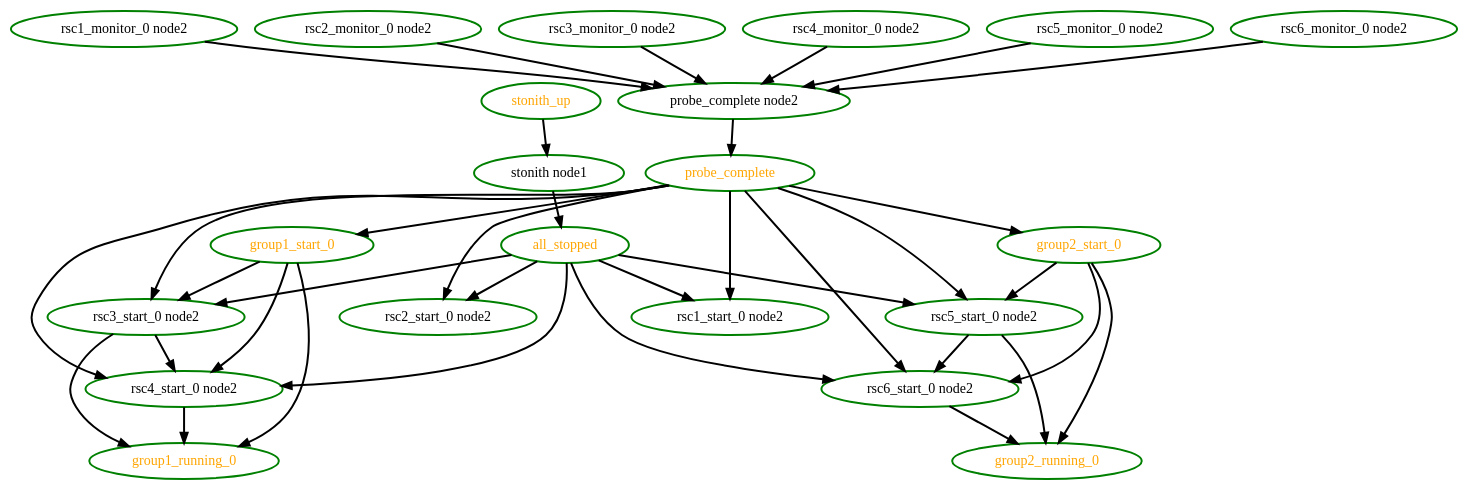
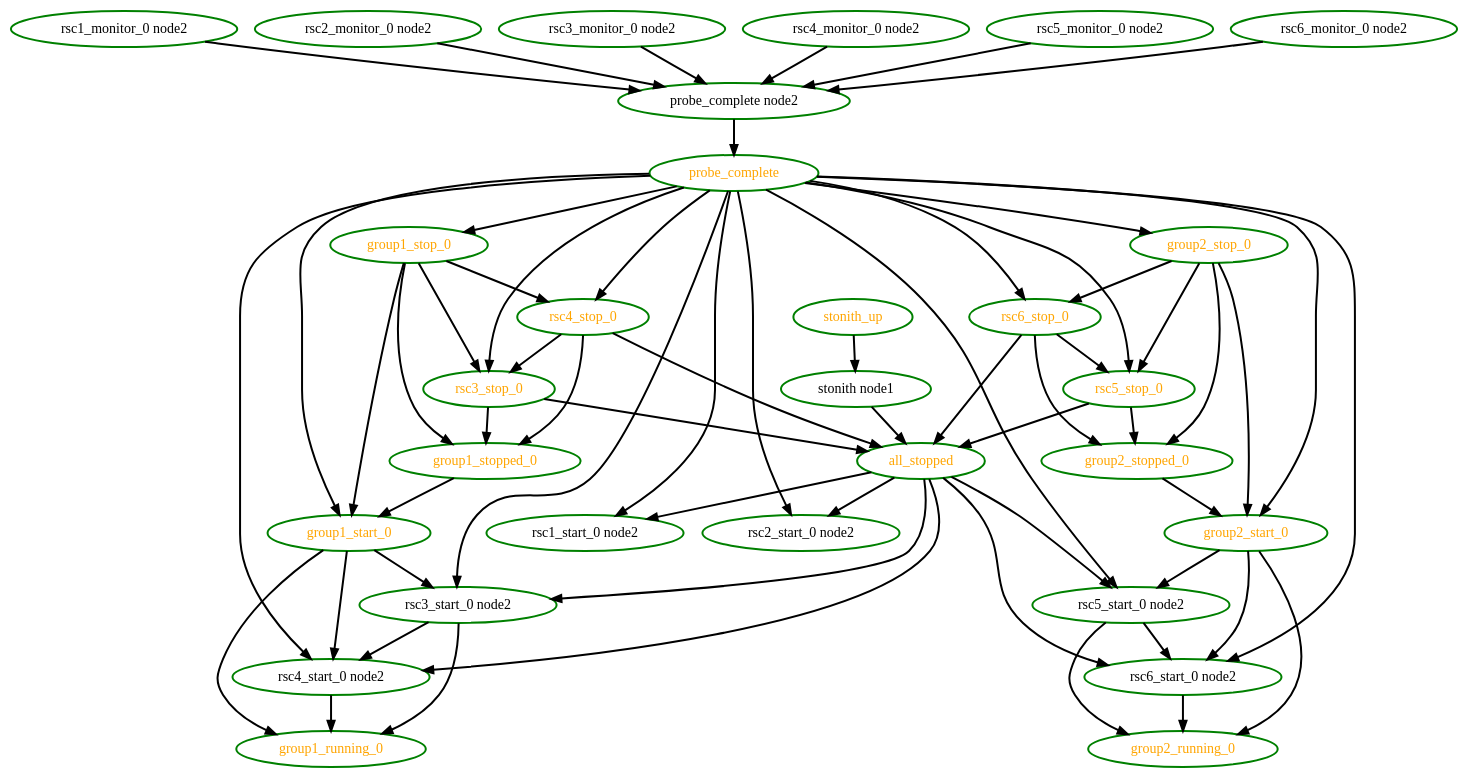
The diagram in pengine/testcases/rec-node-2.dot (linux-ha-japan/pm_diskd), drawn with Graphviz before and after one commit. The commit also changed 158 other files, not shown here.

Commit message:
Medium: PE: Bug LF:1926 - Probes should complete before stop actions are invoked

```diff
--- a/pengine/testcases/rec-node-2.dot
+++ b/pengine/testcases/rec-node-2.dot
@@ -1,58 +1,92 @@
  digraph "g" {
 "all_stopped" -> "rsc1_start_0 node2" [ style = bold]
 "all_stopped" -> "rsc2_start_0 node2" [ style = bold]
 "all_stopped" -> "rsc3_start_0 node2" [ style = bold]
 "all_stopped" -> "rsc4_start_0 node2" [ style = bold]
 "all_stopped" -> "rsc5_start_0 node2" [ style = bold]
 "all_stopped" -> "rsc6_start_0 node2" [ style = bold]
 "all_stopped" [ style=bold color="green" fontcolor="orange"  ]
 "group1_running_0" [ style=bold color="green" fontcolor="orange" ]
 "group1_start_0" -> "group1_running_0" [ style = bold]
 "group1_start_0" -> "rsc3_start_0 node2" [ style = bold]
 "group1_start_0" -> "rsc4_start_0 node2" [ style = bold]
 "group1_start_0" [ style=bold color="green" fontcolor="orange" ]
+"group1_stop_0" -> "group1_start_0" [ style = bold]
+"group1_stop_0" -> "group1_stopped_0" [ style = bold]
+"group1_stop_0" -> "rsc3_stop_0" [ style = bold]
+"group1_stop_0" -> "rsc4_stop_0" [ style = bold]
+"group1_stop_0" [ style=bold color="green" fontcolor="orange"  ]
+"group1_stopped_0" -> "group1_start_0" [ style = bold]
+"group1_stopped_0" [ style=bold color="green" fontcolor="orange"  ]
 "group2_running_0" [ style=bold color="green" fontcolor="orange" ]
 "group2_start_0" -> "group2_running_0" [ style = bold]
 "group2_start_0" -> "rsc5_start_0 node2" [ style = bold]
 "group2_start_0" -> "rsc6_start_0 node2" [ style = bold]
 "group2_start_0" [ style=bold color="green" fontcolor="orange" ]
+"group2_stop_0" -> "group2_start_0" [ style = bold]
+"group2_stop_0" -> "group2_stopped_0" [ style = bold]
+"group2_stop_0" -> "rsc5_stop_0" [ style = bold]
+"group2_stop_0" -> "rsc6_stop_0" [ style = bold]
+"group2_stop_0" [ style=bold color="green" fontcolor="orange"  ]
+"group2_stopped_0" -> "group2_start_0" [ style = bold]
+"group2_stopped_0" [ style=bold color="green" fontcolor="orange"  ]
 "probe_complete node2" -> "probe_complete" [ style = bold]
 "probe_complete node2" [ style=bold color="green" fontcolor="black" ]
 "probe_complete" -> "group1_start_0" [ style = bold]
+"probe_complete" -> "group1_stop_0" [ style = bold]
 "probe_complete" -> "group2_start_0" [ style = bold]
+"probe_complete" -> "group2_stop_0" [ style = bold]
 "probe_complete" -> "rsc1_start_0 node2" [ style = bold]
 "probe_complete" -> "rsc2_start_0 node2" [ style = bold]
 "probe_complete" -> "rsc3_start_0 node2" [ style = bold]
+"probe_complete" -> "rsc3_stop_0" [ style = bold]
 "probe_complete" -> "rsc4_start_0 node2" [ style = bold]
+"probe_complete" -> "rsc4_stop_0" [ style = bold]
 "probe_complete" -> "rsc5_start_0 node2" [ style = bold]
+"probe_complete" -> "rsc5_stop_0" [ style = bold]
 "probe_complete" -> "rsc6_start_0 node2" [ style = bold]
+"probe_complete" -> "rsc6_stop_0" [ style = bold]
 "probe_complete" [ style=bold color="green" fontcolor="orange" ]
 "rsc1_monitor_0 node2" -> "probe_complete node2" [ style = bold]
 "rsc1_monitor_0 node2" [ style=bold color="green" fontcolor="black" ]
 "rsc1_start_0 node2" [ style=bold color="green" fontcolor="black" ]
 "rsc2_monitor_0 node2" -> "probe_complete node2" [ style = bold]
 "rsc2_monitor_0 node2" [ style=bold color="green" fontcolor="black" ]
 "rsc2_start_0 node2" [ style=bold color="green" fontcolor="black" ]
 "rsc3_monitor_0 node2" -> "probe_complete node2" [ style = bold]
 "rsc3_monitor_0 node2" [ style=bold color="green" fontcolor="black" ]
 "rsc3_start_0 node2" -> "group1_running_0" [ style = bold]
 "rsc3_start_0 node2" -> "rsc4_start_0 node2" [ style = bold]
 "rsc3_start_0 node2" [ style=bold color="green" fontcolor="black" ]
+"rsc3_stop_0" -> "all_stopped" [ style = bold]
+"rsc3_stop_0" -> "group1_stopped_0" [ style = bold]
+"rsc3_stop_0" [ style=bold color="green" fontcolor="orange"  ]
 "rsc4_monitor_0 node2" -> "probe_complete node2" [ style = bold]
 "rsc4_monitor_0 node2" [ style=bold color="green" fontcolor="black" ]
 "rsc4_start_0 node2" -> "group1_running_0" [ style = bold]
 "rsc4_start_0 node2" [ style=bold color="green" fontcolor="black" ]
+"rsc4_stop_0" -> "all_stopped" [ style = bold]
+"rsc4_stop_0" -> "group1_stopped_0" [ style = bold]
+"rsc4_stop_0" -> "rsc3_stop_0" [ style = bold]
+"rsc4_stop_0" [ style=bold color="green" fontcolor="orange"  ]
 "rsc5_monitor_0 node2" -> "probe_complete node2" [ style = bold]
 "rsc5_monitor_0 node2" [ style=bold color="green" fontcolor="black" ]
 "rsc5_start_0 node2" -> "group2_running_0" [ style = bold]
 "rsc5_start_0 node2" -> "rsc6_start_0 node2" [ style = bold]
 "rsc5_start_0 node2" [ style=bold color="green" fontcolor="black" ]
+"rsc5_stop_0" -> "all_stopped" [ style = bold]
+"rsc5_stop_0" -> "group2_stopped_0" [ style = bold]
+"rsc5_stop_0" [ style=bold color="green" fontcolor="orange"  ]
 "rsc6_monitor_0 node2" -> "probe_complete node2" [ style = bold]
 "rsc6_monitor_0 node2" [ style=bold color="green" fontcolor="black" ]
 "rsc6_start_0 node2" -> "group2_running_0" [ style = bold]
 "rsc6_start_0 node2" [ style=bold color="green" fontcolor="black" ]
+"rsc6_stop_0" -> "all_stopped" [ style = bold]
+"rsc6_stop_0" -> "group2_stopped_0" [ style = bold]
+"rsc6_stop_0" -> "rsc5_stop_0" [ style = bold]
+"rsc6_stop_0" [ style=bold color="green" fontcolor="orange"  ]
 "stonith node1" -> "all_stopped" [ style = bold]
 "stonith node1" [ style=bold color="green" fontcolor="black" ]
 "stonith_up" -> "stonith node1" [ style = bold]
 "stonith_up" [ style=bold color="green" fontcolor="orange"  ]
 }
```
